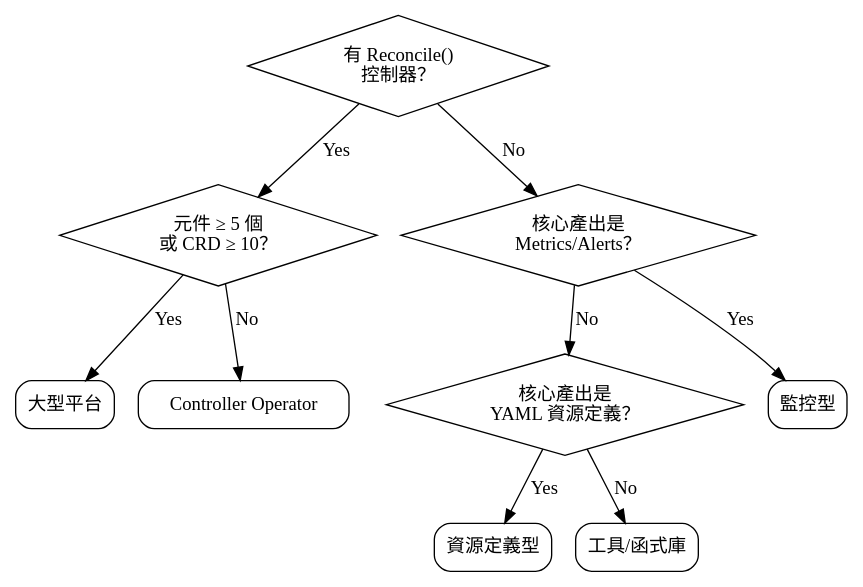
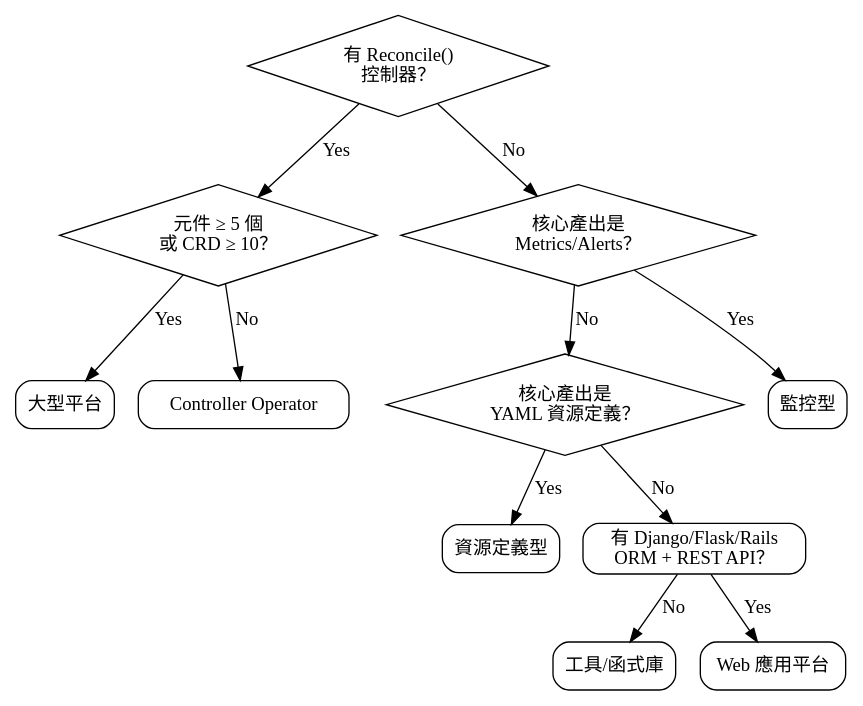
Before and after one commit to hwchiu/kubevirt-learning-site: the second of 3 diagrams in skills/analyzing-source-code/SKILL.md, drawn with Graphviz. The commit also changed other lines of this file and 12 other files, not shown here.

First line of the commit message:
feat: add NetBox project analysis with Web 應用平台 type classification

````diff
--- a/skills/analyzing-source-code/SKILL.md
+++ b/skills/analyzing-source-code/SKILL.md
@@ -73,26 +73,33 @@
 ```dot
 digraph classify {
   rankdir=TB;
   node [shape=diamond];
   has_ctrl [label="有 Reconcile()\n控制器？"];
   is_large [label="元件 ≥ 5 個\n或 CRD ≥ 10？"];
   has_metrics [label="核心產出是\nMetrics/Alerts？"];
   has_yaml [label="核心產出是\nYAML 資源定義？"];
 
   node [shape=box, style=rounded];
   type_large [label="大型平台"];
   type_operator [label="Controller Operator"];
   type_monitoring [label="監控型"];
   type_resource [label="資源定義型"];
   type_library [label="工具/函式庫"];
 
   has_ctrl -> is_large [label="Yes"];
   has_ctrl -> has_metrics [label="No"];
   is_large -> type_large [label="Yes"];
   is_large -> type_operator [label="No"];
   has_metrics -> type_monitoring [label="Yes"];
   has_metrics -> has_yaml [label="No"];
   has_yaml -> type_resource [label="Yes"];
-  has_yaml -> type_library [label="No"];
+  has_yaml -> has_webapp [label="No"];
+
+  has_webapp [label="有 Django/Flask/Rails\nORM + REST API？"];
+  node [shape=box, style=rounded];
+  type_webapp [label="Web 應用平台"];
+
+  has_webapp -> type_webapp [label="Yes"];
+  has_webapp -> type_library [label="No"];
 }
 ```
````
